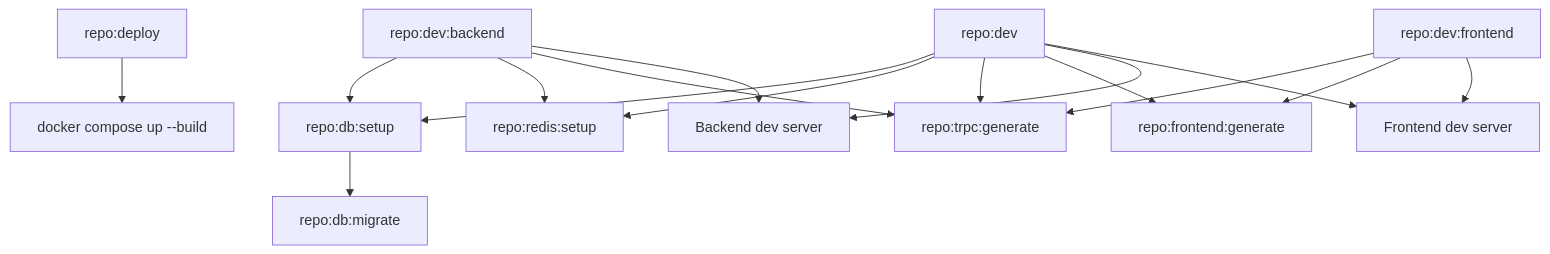
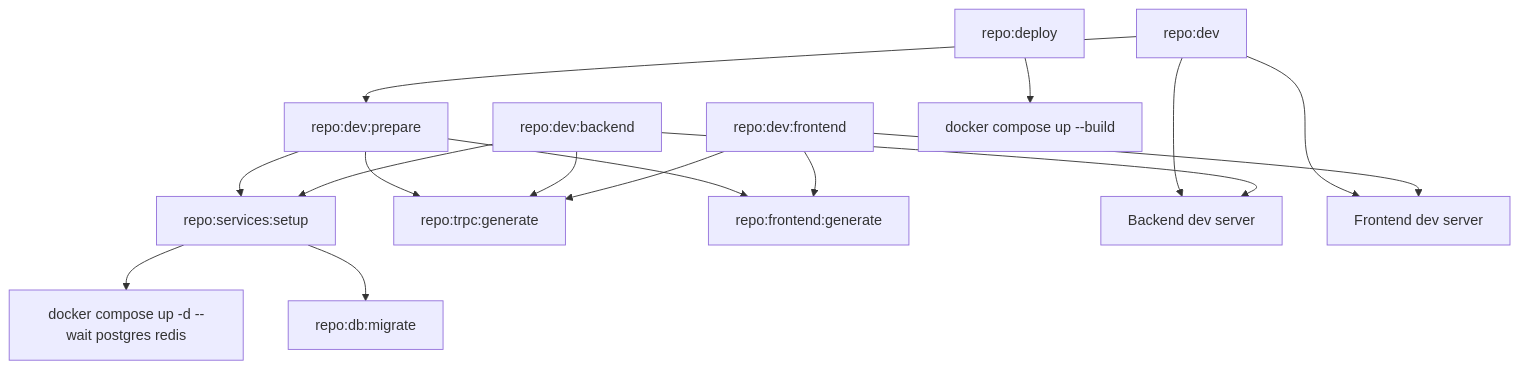
Before and after one commit to DidiWalakutty/Transcendence: the diagram in docs/TOOLING.md, drawn with Mermaid. The commit also changed other lines of this file and 6 other files, not shown here.

````diff
--- a/docs/TOOLING.md
+++ b/docs/TOOLING.md
@@ -79,34 +80,35 @@
 ```mermaid
 flowchart TD
     DEV["repo:dev"]
+    DEV_PREPARE["repo:dev:prepare"]
     DEPLOY["repo:deploy"]
     DEV_BACKEND["repo:dev:backend"]
     DEV_FRONTEND["repo:dev:frontend"]
     COMPOSE["docker compose up --build"]
-    DB_SETUP["repo:db:setup"]
-    REDIS_SETUP["repo:redis:setup"]
+    SERVICES_SETUP["repo:services:setup"]
+    SERVICES["docker compose up -d --wait postgres redis"]
     DB_MIGRATE["repo:db:migrate"]
     TRPC["repo:trpc:generate"]
     FRONTEND_GEN["repo:frontend:generate"]
     BACKEND["Backend dev server"]
     FRONTEND["Frontend dev server"]
 
-    DEV --> DB_SETUP
-    DEV --> REDIS_SETUP
-    DEV --> TRPC
-    DEV --> FRONTEND_GEN
+    DEV --> DEV_PREPARE
+    DEV_PREPARE --> SERVICES_SETUP
+    DEV_PREPARE --> TRPC
+    DEV_PREPARE --> FRONTEND_GEN
     DEV --> BACKEND
     DEV --> FRONTEND
 
-    DEV_BACKEND --> DB_SETUP
-    DEV_BACKEND --> REDIS_SETUP
+    DEV_BACKEND --> SERVICES_SETUP
     DEV_BACKEND --> TRPC
     DEV_BACKEND --> BACKEND
 
     DEV_FRONTEND --> TRPC
     DEV_FRONTEND --> FRONTEND_GEN
     DEV_FRONTEND --> FRONTEND
 
-    DB_SETUP --> DB_MIGRATE
+    SERVICES_SETUP --> SERVICES
+    SERVICES_SETUP --> DB_MIGRATE
     DEPLOY --> COMPOSE
 ```
````
